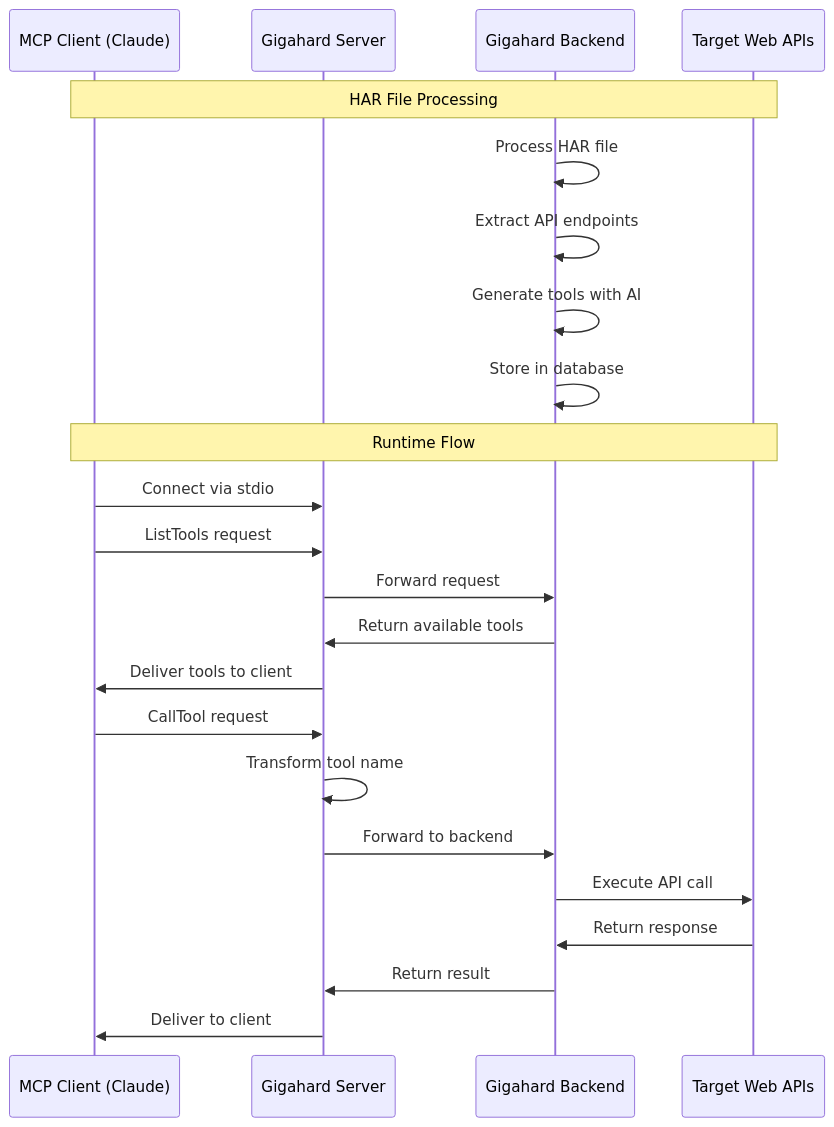
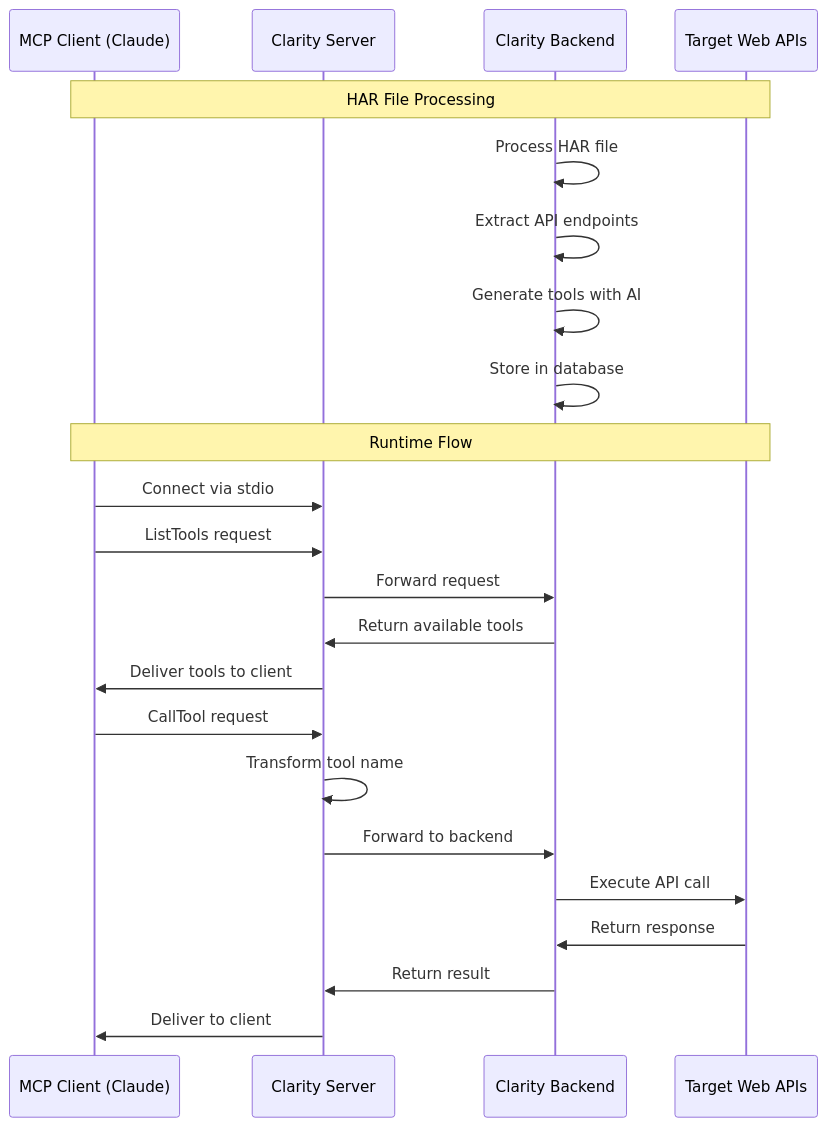
The diagram in README.md (theclarityproject/mcp-server), drawn with Mermaid before and after one commit. The commit also changed other lines of this file and 3 other files, not shown here.

````diff
--- a/README.md
+++ b/README.md
@@ -11,28 +11,28 @@
 ```mermaid
 sequenceDiagram
     participant Client as MCP Client (Claude)
-    participant Server as Gigahard Server
-    participant Backend as Gigahard Backend
+    participant Server as Clarity Server
+    participant Backend as Clarity Backend
     participant API as Target Web APIs
 
     note over Client,API: HAR File Processing
     Backend->>Backend: Process HAR file
     Backend->>Backend: Extract API endpoints
     Backend->>Backend: Generate tools with AI
     Backend->>Backend: Store in database
 
     note over Client,API: Runtime Flow
     Client->>Server: Connect via stdio
     Client->>Server: ListTools request
     Server->>Backend: Forward request
     Backend->>Server: Return available tools
     Server->>Client: Deliver tools to client
 
     Client->>Server: CallTool request
     Server->>Server: Transform tool name
     Server->>Backend: Forward to backend
     Backend->>API: Execute API call
     API->>Backend: Return response
     Backend->>Server: Return result
     Server->>Client: Deliver to client
 ```
````
